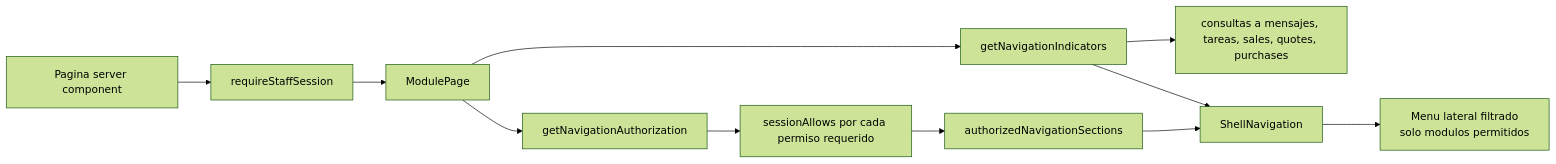
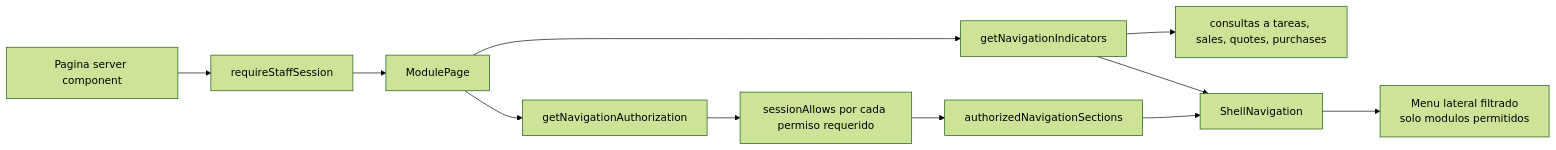
One commit to tomaslaserna/starlom.cambiodelenguage changed the third of 8 diagrams in docs/project-flow.md. Above: the diagram before and after it, drawn with Mermaid (forest theme). The commit also changed other lines of this file and 36 other files, not shown here.

````diff
--- a/docs/project-flow.md
+++ b/docs/project-flow.md
@@ -88,13 +88,13 @@
 ```mermaid
 flowchart LR
   Page["Pagina server component"] --> Req["requireStaffSession"]
   Req --> Module["ModulePage"]
   Module --> Authz["getNavigationAuthorization"]
   Authz --> Allowed["sessionAllows por cada permiso requerido"]
   Allowed --> Sections["authorizedNavigationSections"]
   Module --> Badges["getNavigationIndicators"]
-  Badges --> BadgeSql["consultas a mensajes, tareas, sales, quotes, purchases"]
+  Badges --> BadgeSql["consultas a tareas, sales, quotes, purchases"]
   Sections --> Nav["ShellNavigation"]
   Badges --> Nav
   Nav --> UserMenu["Menu lateral filtrado<br/>solo modulos permitidos"]
 ```
````
